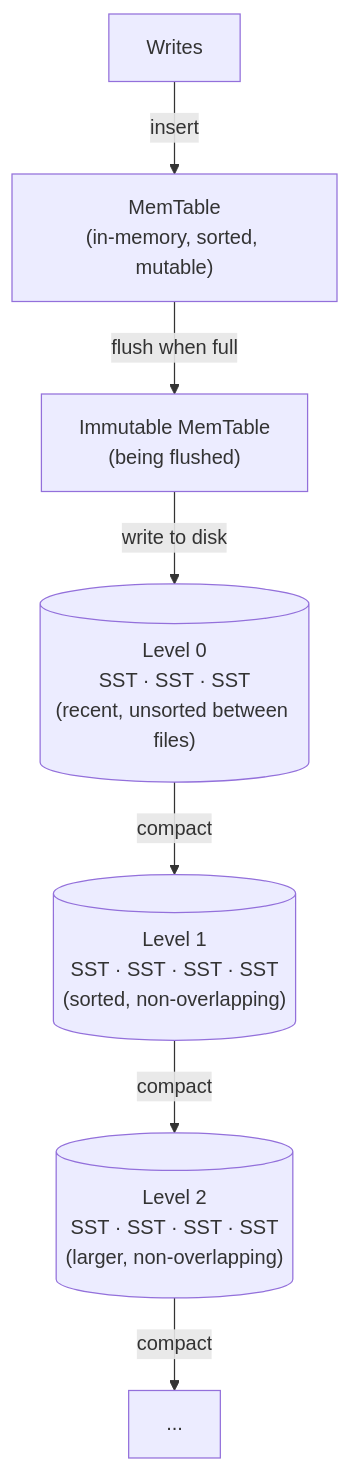
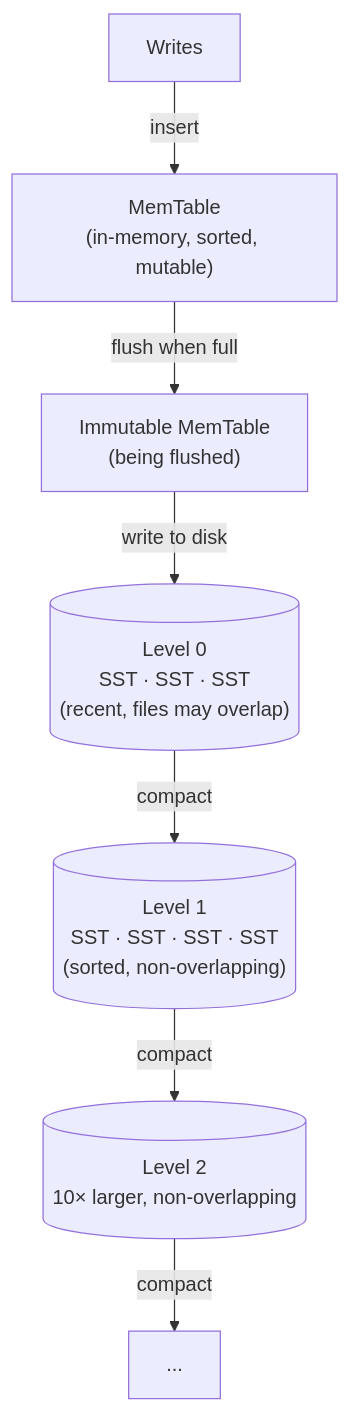
The first of 2 diagrams in 03-storage-engines/02-lsm-trees.md (binarydevelop/system-design-patterns), drawn with Mermaid before and after one commit. The commit also changed other lines of this file and 11 other files, not shown here.

````diff
--- a/03-storage-engines/02-lsm-trees.md
+++ b/03-storage-engines/02-lsm-trees.md
@@ -41,9 +47,9 @@
 ```mermaid
 graph TD
     W["Writes"] -->|"insert"| MT["MemTable<br/>(in-memory, sorted, mutable)"]
     MT -->|"flush when full"| IMT["Immutable MemTable<br/>(being flushed)"]
-    IMT -->|"write to disk"| L0[("Level 0<br/>SST · SST · SST<br/>(recent, unsorted between files)")]
+    IMT -->|"write to disk"| L0[("Level 0<br/>SST · SST · SST<br/>(recent, files may overlap)")]
     L0 -->|"compact"| L1[("Level 1<br/>SST · SST · SST · SST<br/>(sorted, non-overlapping)")]
-    L1 -->|"compact"| L2[("Level 2<br/>SST · SST · SST · SST<br/>(larger, non-overlapping)")]
+    L1 -->|"compact"| L2[("Level 2<br/>10× larger, non-overlapping")]
     L2 -->|"compact"| MORE["..."]
 ```
````
